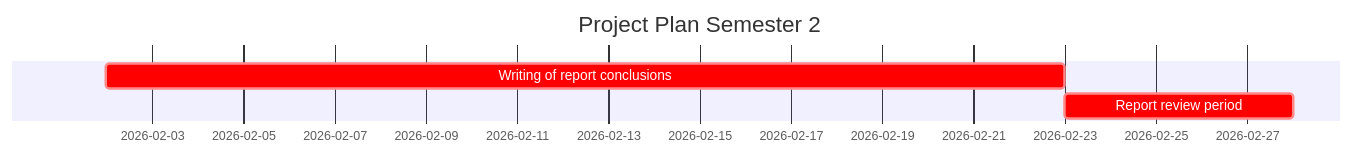
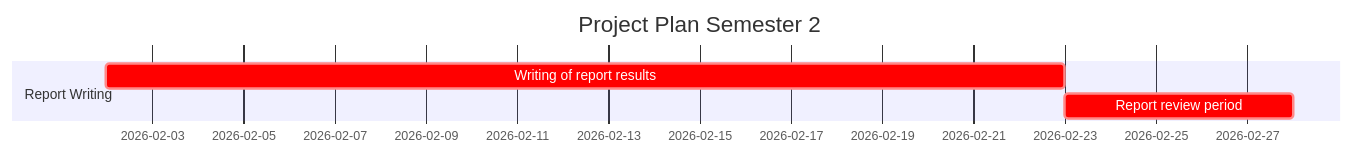
Before and after one commit to coding-beagle/BETC-Mote: the second of 2 diagrams in deliverables/proposal_imgs/mermaid_source.md, drawn with Mermaid. The commit also changed 1 other file, not shown here.

Commit message:
add risk register

````diff
--- a/deliverables/proposal_imgs/mermaid_source.md
+++ b/deliverables/proposal_imgs/mermaid_source.md
@@ -19,7 +19,12 @@
 ```mermaid
 gantt
-    title Project Plan Semester 2
-    Writing of report conclusions  :crit, 2026-02-02, 21d
-    Report review period :crit, 2026-02-23, 5d
+    section Deadlines
+      
+    section Report Writing
+      title Project Plan Semester 2
+      Writing of report results  :crit, 2026-02-02, 21d
+      Report review period :crit, 2026-02-23, 5d
+    
+    section Development
 
 ```
````
